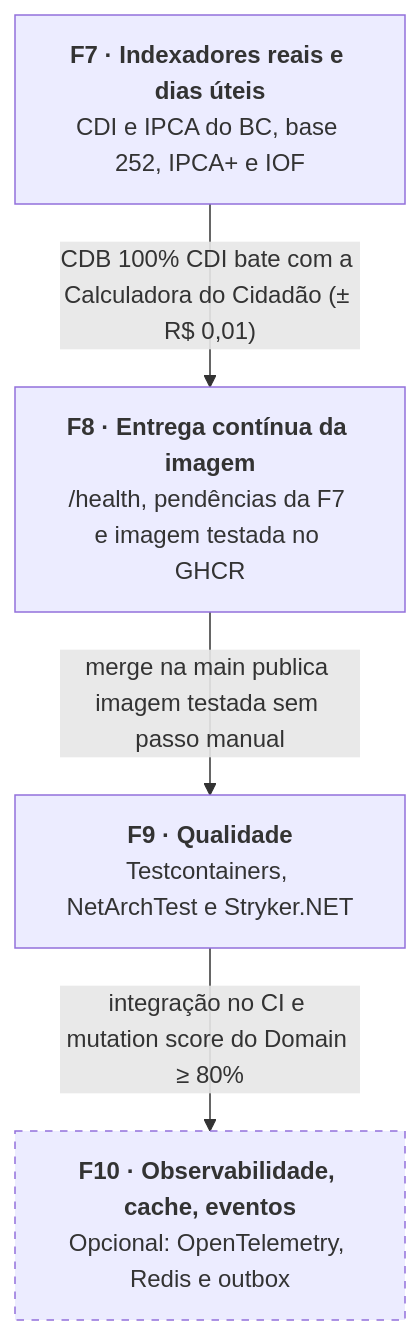
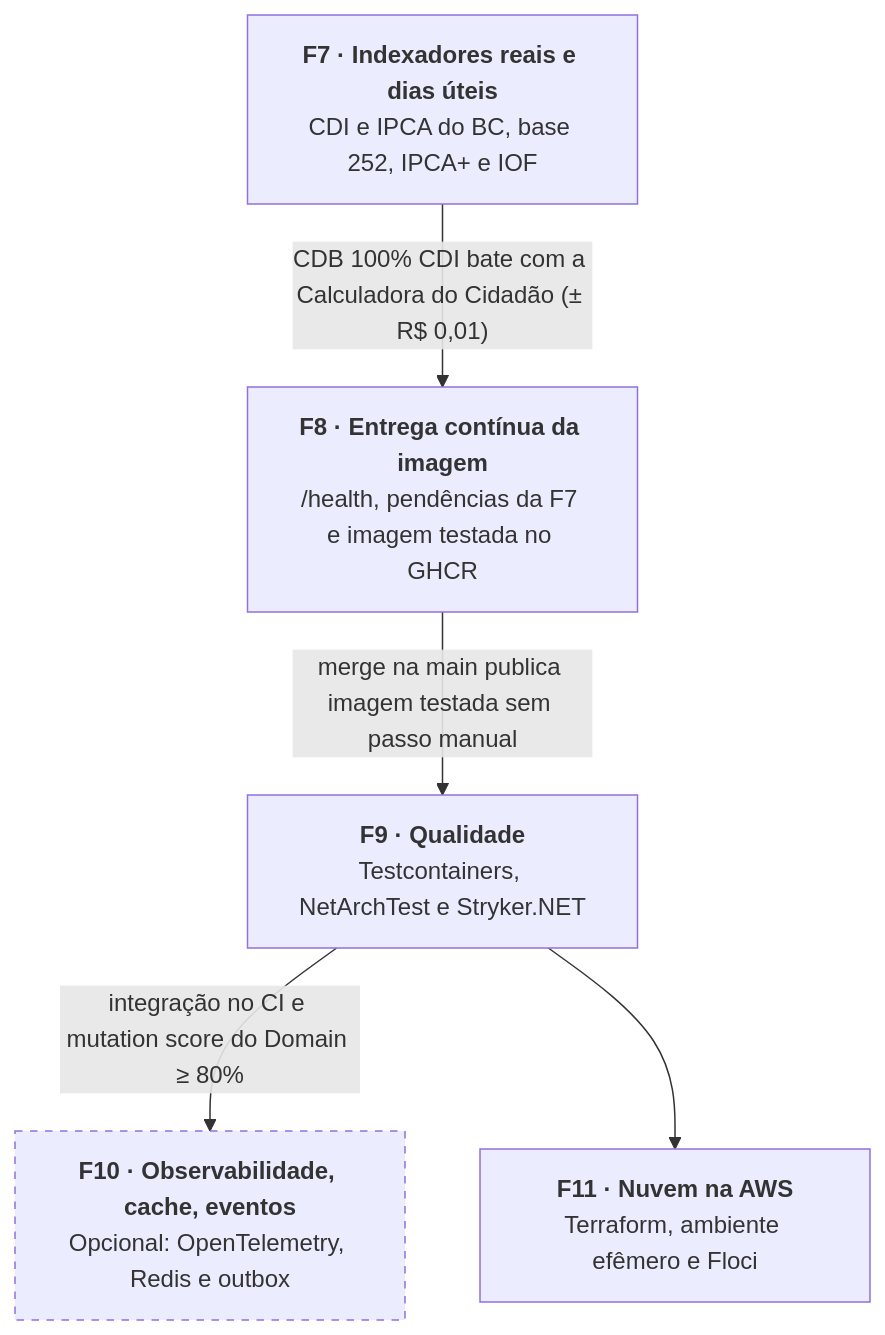
One commit to matheuscardosolazzarini/renda-fixa-api changed the diagram in docs/ROADMAP.md. Above: the diagram before and after it, drawn with Mermaid. The commit also changed other lines of this file and 127 other files, not shown here.

First line of the commit message:
F11: nuvem na AWS com Terraform, ambiente efêmero e travas de custo

````diff
--- a/docs/ROADMAP.md
+++ b/docs/ROADMAP.md
@@ -31,11 +31,13 @@
 ```mermaid
 flowchart TD
     F7["<b>F7 · Indexadores reais e dias úteis</b><br/>CDI e IPCA do BC, base 252, IPCA+ e IOF"]
     F8["<b>F8 · Entrega contínua da imagem</b><br/>/health, pendências da F7 e imagem testada no GHCR"]
     F9["<b>F9 · Qualidade</b><br/>Testcontainers, NetArchTest e Stryker.NET"]
     F10["<b>F10 · Observabilidade, cache, eventos</b><br/>Opcional: OpenTelemetry, Redis e outbox"]
+    F11["<b>F11 · Nuvem na AWS</b><br/>Terraform, ambiente efêmero e Floci"]
     F7 -- "CDB 100% CDI bate com a Calculadora do Cidadão (± R$ 0,01)" --> F8
     F8 -- "merge na main publica imagem testada sem passo manual" --> F9
     F9 -- "integração no CI e mutation score do Domain ≥ 80%" --> F10
+    F9 --> F11
     style F10 stroke-dasharray: 5 5
 ```
````
